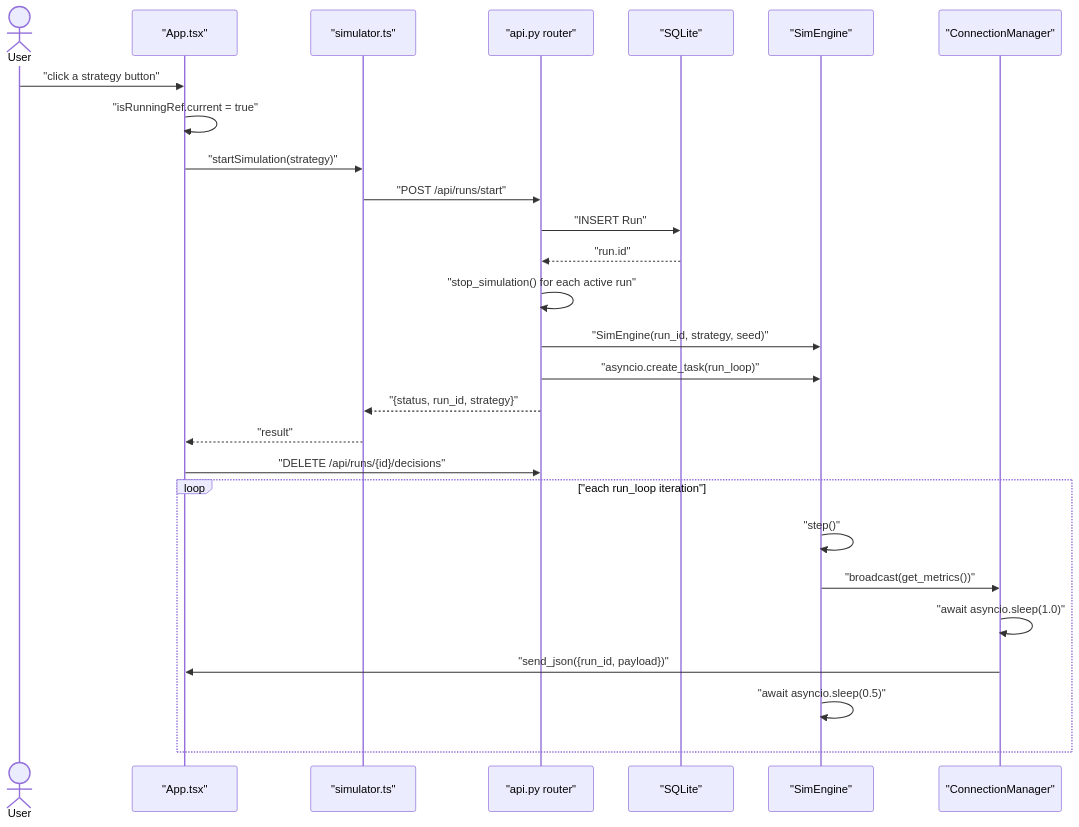
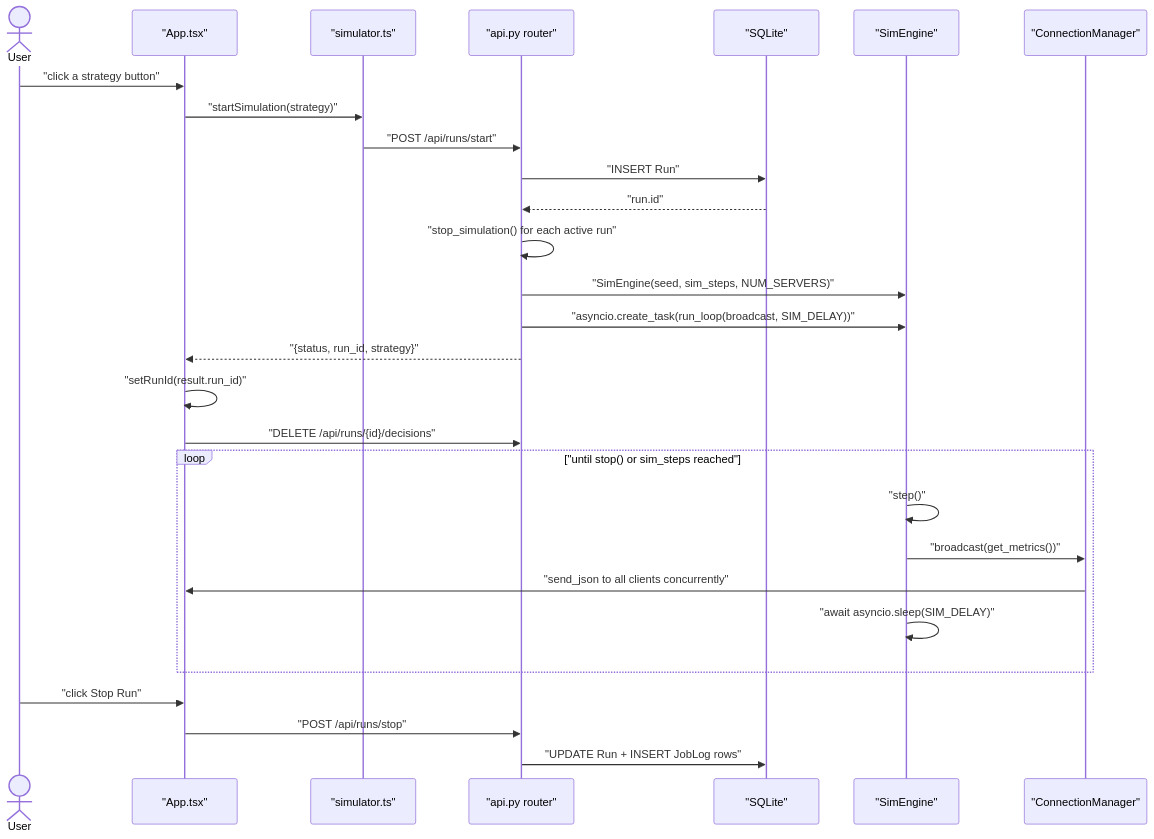
Before and after one commit to ashmeenkhaira/SchedulerAI-orchestrator: the second of 7 diagrams in README.md, drawn with Mermaid. The commit also changed other lines of this file, not shown here.

````diff
--- a/README.md
+++ b/README.md
@@ -820,31 +532,33 @@
 ```mermaid
 sequenceDiagram
     actor User
     participant App as "App.tsx"
     participant Sim as "simulator.ts"
     participant Router as "api.py router"
     participant DB as "SQLite"
     participant Engine as "SimEngine"
     participant CM as "ConnectionManager"
 
     User->>App: "click a strategy button"
-    App->>App: "isRunningRef.current = true"
     App->>Sim: "startSimulation(strategy)"
     Sim->>Router: "POST /api/runs/start"
     Router->>DB: "INSERT Run"
     DB-->>Router: "run.id"
     Router->>Router: "stop_simulation() for each active run"
-    Router->>Engine: "SimEngine(run_id, strategy, seed)"
-    Router->>Engine: "asyncio.create_task(run_loop)"
-    Router-->>Sim: "{status, run_id, strategy}"
-    Sim-->>App: "result"
+    Router->>Engine: "SimEngine(seed, sim_steps, NUM_SERVERS)"
+    Router->>Engine: "asyncio.create_task(run_loop(broadcast, SIM_DELAY))"
+    Router-->>App: "{status, run_id, strategy}"
+    App->>App: "setRunId(result.run_id)"
     App->>Router: "DELETE /api/runs/{id}/decisions"
 
-    loop "each run_loop iteration"
+    loop "until stop() or sim_steps reached"
         Engine->>Engine: "step()"
         Engine->>CM: "broadcast(get_metrics())"
-        CM->>CM: "await asyncio.sleep(1.0)"
-        CM->>App: "send_json({run_id, payload})"
-        Engine->>Engine: "await asyncio.sleep(0.5)"
+        CM->>App: "send_json to all clients concurrently"
+        Engine->>Engine: "await asyncio.sleep(SIM_DELAY)"
     end
+
+    User->>App: "click Stop Run"
+    App->>Router: "POST /api/runs/stop"
+    Router->>DB: "UPDATE Run + INSERT JobLog rows"
 ```
````
